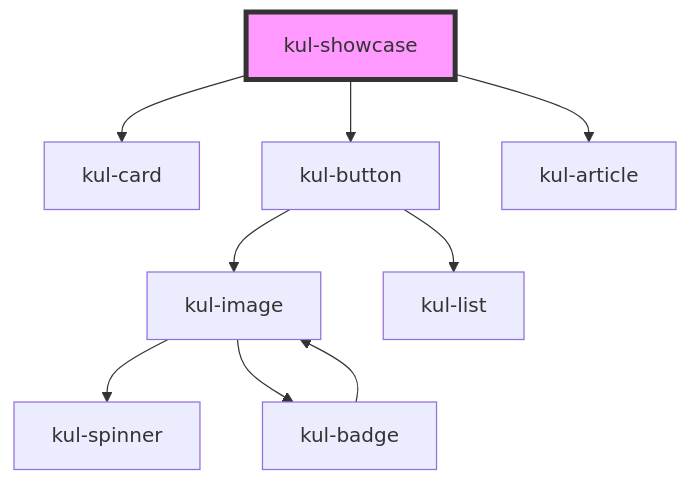
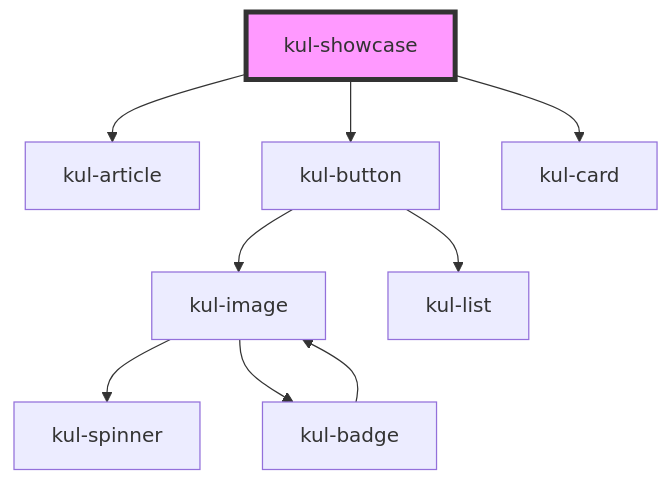
One commit to lucafoscili/ketchup-lite changed the diagram in packages/ketchup-lite/src/components/kul-showcase/readme.md. Above: the diagram before and after it, drawn with Mermaid. The commit also changed other lines of this file and 46 other files, not shown here.

````diff
--- a/packages/ketchup-lite/src/components/kul-showcase/readme.md
+++ b/packages/ketchup-lite/src/components/kul-showcase/readme.md
@@ -24,12 +24,12 @@
 ```mermaid
 graph TD;
+  kul-showcase --> kul-article
+  kul-showcase --> kul-button
   kul-showcase --> kul-card
-  kul-showcase --> kul-button
-  kul-showcase --> kul-article
   kul-button --> kul-image
   kul-button --> kul-list
   kul-image --> kul-spinner
   kul-image --> kul-badge
   kul-badge --> kul-image
   style kul-showcase fill:#f9f,stroke:#333,stroke-width:4px
 ```
````
